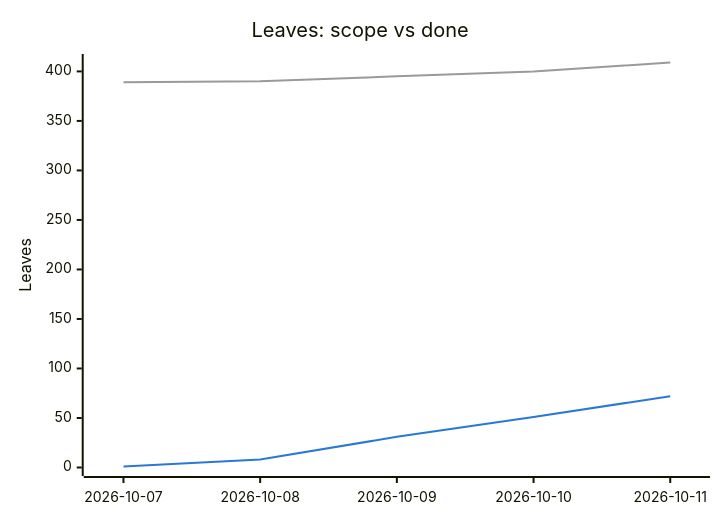
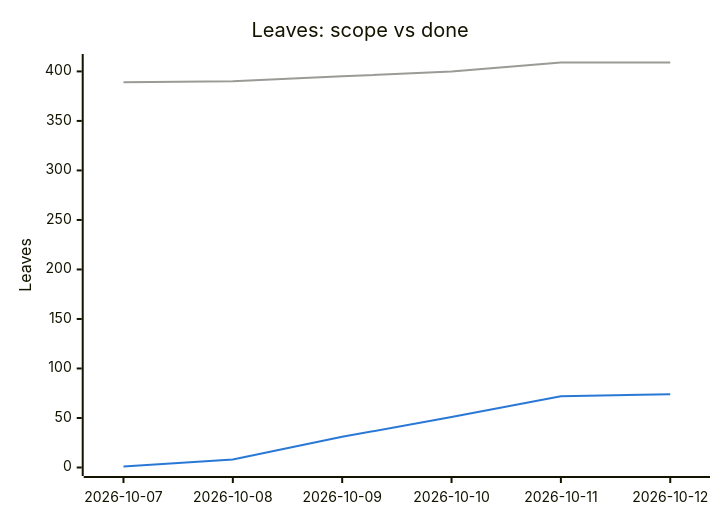
Before and after one commit to tomiok/persiaDB: the second of 2 diagrams in PROGRESS.md, drawn with Mermaid. The commit also changed other lines of this file and 15 other files, not shown here.

First line of the commit message:
fix(xtask): address batch review of 1.9; tick ROADMAP 1.9.1, 1.9.2

````diff
--- a/PROGRESS.md
+++ b/PROGRESS.md
@@ -105,14 +105,14 @@
 ```mermaid
 ---
 config:
   themeVariables:
     xyChart:
       plotColorPalette: "#9a9a96, #2a78d6"
 ---
 xychart-beta
   title "Leaves: scope vs done"
-  x-axis ["2026-10-07", "2026-10-08", "2026-10-09", "2026-10-10", "2026-10-11"]
+  x-axis ["2026-10-07", "2026-10-08", "2026-10-09", "2026-10-10", "2026-10-11", "2026-10-12"]
   y-axis "Leaves" 0 --> 409
-  line [389, 390, 395, 400, 409]
-  line [1, 8, 31, 51, 72]
+  line [389, 390, 395, 400, 409, 409]
+  line [1, 8, 31, 51, 72, 74]
 ```
````
